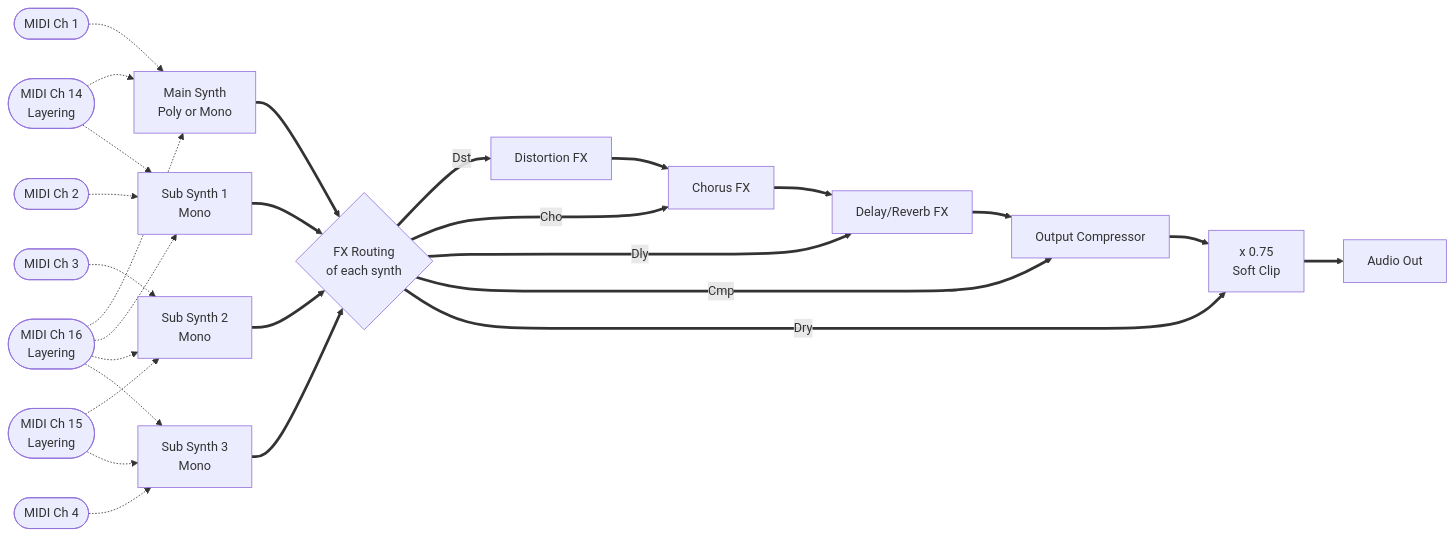
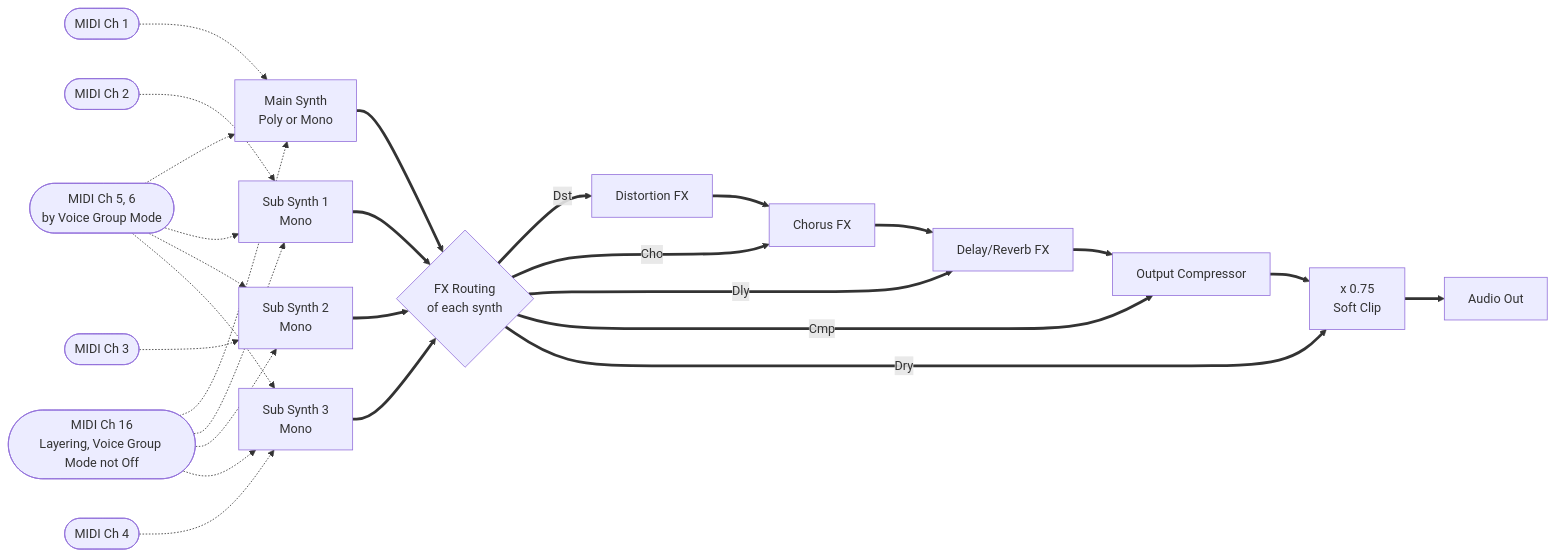
Before and after one commit to risgk/digital-synth-pra32-u2: the tenth of 10 diagrams in PRA32-U2-Block-Diagrams.md, drawn with Mermaid. The commit also changed other lines of this file and 3 other files, not shown here.

Commit message:
Docs: the block diagrams of PRA32-U2/M and the drift, the smoothing, and Voice Group Mode in the chart

````diff
--- a/PRA32-U2-Block-Diagrams.md
+++ b/PRA32-U2-Block-Diagrams.md
@@ -336,16 +337,15 @@
 ```mermaid
 flowchart LR
     C1([MIDI Ch 1]) -.-> MS["Main Synth<br/>Poly or Mono"]
     C2([MIDI Ch 2]) -.-> S1["Sub Synth 1<br/>Mono"]
     C3([MIDI Ch 3]) -.-> S2["Sub Synth 2<br/>Mono"]
     C4([MIDI Ch 4]) -.-> S3["Sub Synth 3<br/>Mono"]
-    C14([MIDI Ch 14<br/>Layering]) -.-> MS & S1
-    C15([MIDI Ch 15<br/>Layering]) -.-> S2 & S3
-    C16([MIDI Ch 16<br/>Layering]) -.-> MS & S1 & S2 & S3
+    C5([MIDI Ch 5, 6<br/>by Voice Group Mode]) -.-> MS & S1 & S2 & S3
+    C16([MIDI Ch 16<br/>Layering, Voice Group Mode not Off]) -.-> MS & S1 & S2 & S3
     MS & S1 & S2 & S3 ==> FR{"FX Routing<br/>of each synth"}
     FR ==>|Dst| DS[Distortion FX] ==> C
     FR ==>|Cho| C[Chorus FX] ==> D[Delay/Reverb FX] ==> OC[Output Compressor] ==> OG["x 0.75<br/>Soft Clip"] ==> AO[Audio Out]
     FR ==>|Dly| D
     FR ==>|Cmp| OC
     FR ==>|Dry| OG
 ```
````
